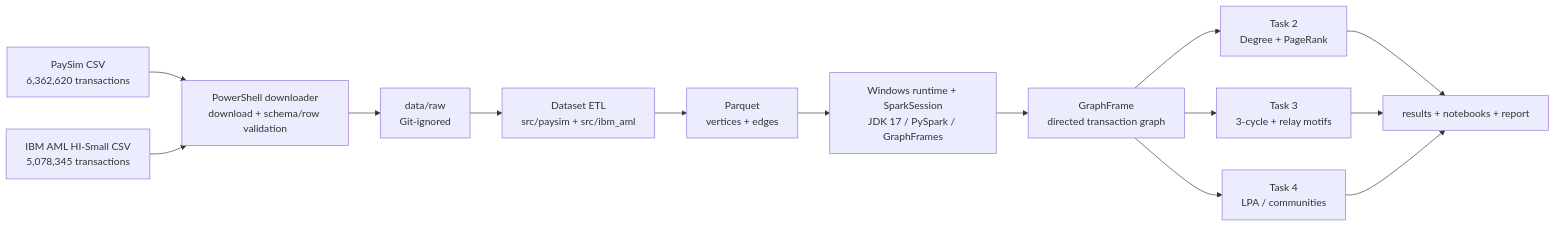
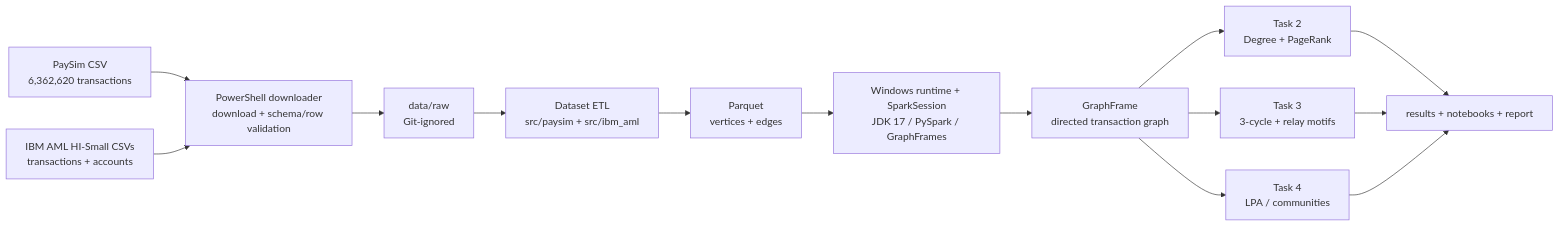
Before and after one commit to harvey105/graphguard-amls-detection: the diagram in README.md, drawn with Mermaid. The commit also changed other lines of this file and 7 other files, not shown here.

Commit message:
fix(ibm_aml): complete ETL checks and reproducible sample

````diff
--- a/README.md
+++ b/README.md
@@ -7,22 +7,22 @@
 ```mermaid
 flowchart LR
     P["PaySim CSV<br/>6,362,620 transactions"]
-    I["IBM AML HI-Small CSV<br/>5,078,345 transactions"]
+    I["IBM AML HI-Small CSVs<br/>transactions + accounts"]
     D["PowerShell downloader<br/>download + schema/row validation"]
     R["data/raw<br/>Git-ignored"]
     E["Dataset ETL<br/>src/paysim + src/ibm_aml"]
     Q["Parquet<br/>vertices + edges"]
     S["Windows runtime + SparkSession<br/>JDK 17 / PySpark / GraphFrames"]
     G["GraphFrame<br/>directed transaction graph"]
     T2["Task 2<br/>Degree + PageRank"]
     T3["Task 3<br/>3-cycle + relay motifs"]
     T4["Task 4<br/>LPA / communities"]
     O["results + notebooks + report"]
 
     P --> D
     I --> D
     D --> R --> E --> Q --> S --> G
     G --> T2 --> O
     G --> T3 --> O
     G --> T4 --> O
 ```
````
